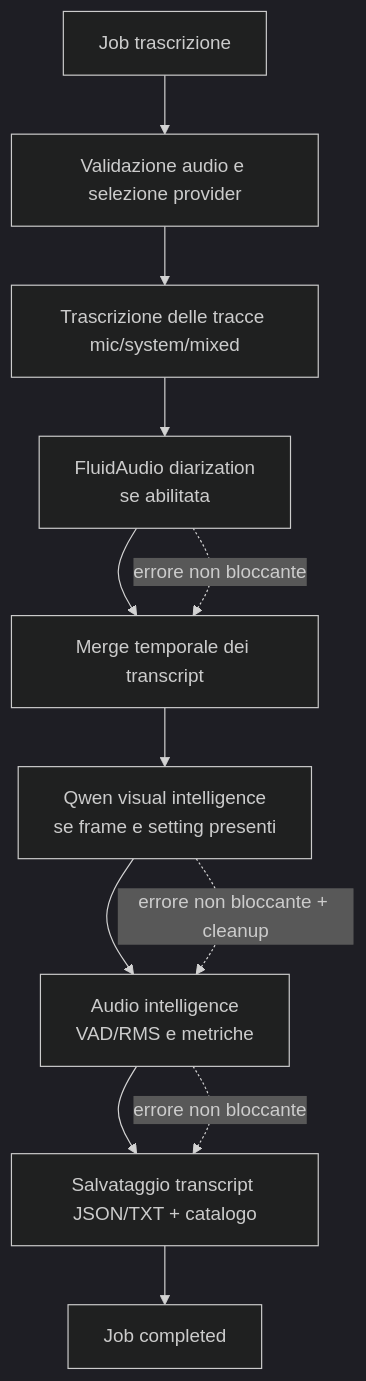
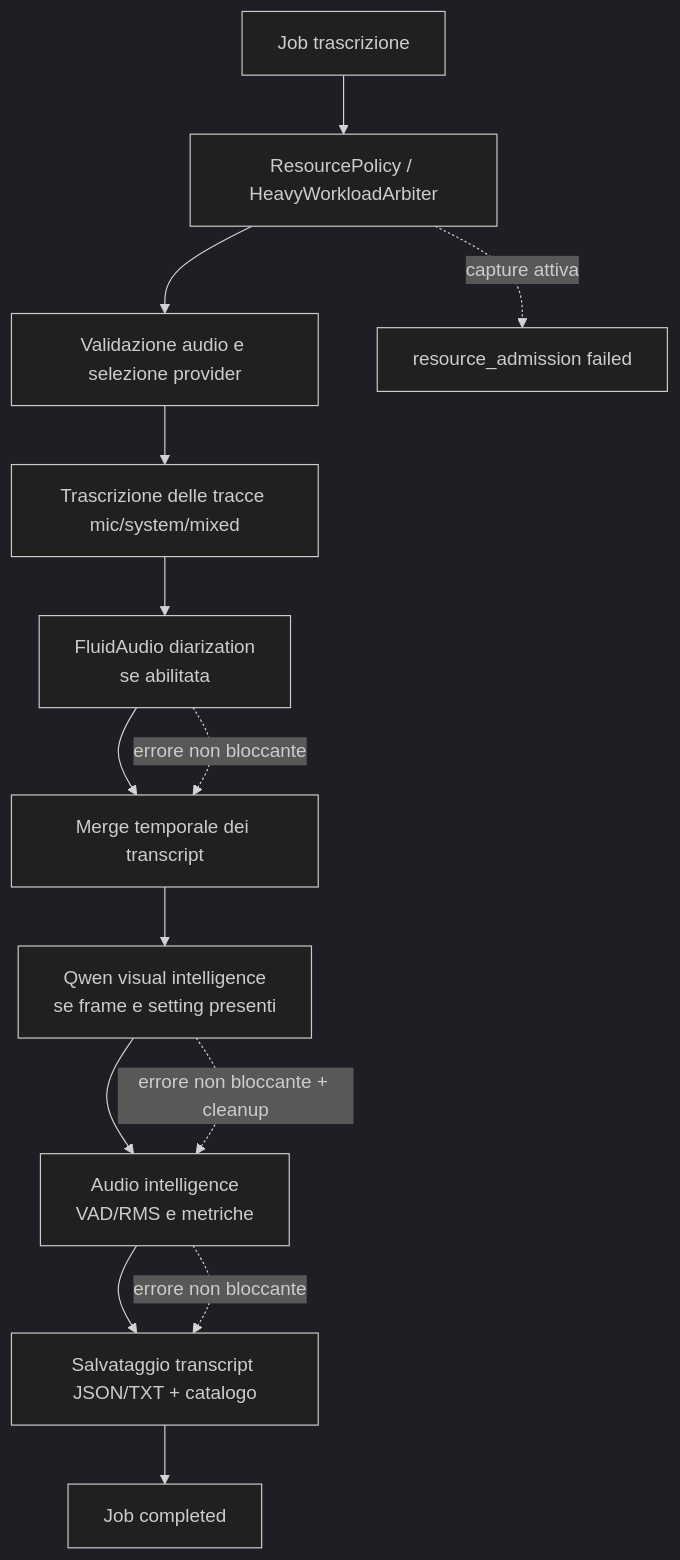
Before and after one commit to daniele21/local-asr-server: the fourth of 6 diagrams in docs/architecture.md, drawn with Mermaid (dark theme). The commit also changed other lines of this file, not shown here.

Commit message:
Document capture-priority runtime ownership

````diff
--- a/docs/architecture.md
+++ b/docs/architecture.md
@@ -141,15 +150,17 @@
 ```mermaid
 flowchart TD
-    Start["Job trascrizione"] --> Validate["Validazione audio e selezione provider"]
+    Start["Job trascrizione"] --> Admission["ResourcePolicy / HeavyWorkloadArbiter"]
+    Admission --> Validate["Validazione audio e selezione provider"]
     Validate --> Tracks["Trascrizione delle tracce mic/system/mixed"]
     Tracks --> Diar["FluidAudio diarization<br/>se abilitata"]
     Diar --> Merge["Merge temporale dei transcript"]
     Merge --> Vision["Qwen visual intelligence<br/>se frame e setting presenti"]
     Vision --> Audio["Audio intelligence<br/>VAD/RMS e metriche"]
     Audio --> Save["Salvataggio transcript JSON/TXT + catalogo"]
     Save --> Done["Job completed"]
 
+    Admission -. "capture attiva" .-> Rejected["resource_admission failed"]
     Diar -. "errore non bloccante" .-> Merge
     Vision -. "errore non bloccante + cleanup" .-> Audio
     Audio -. "errore non bloccante" .-> Save
 ```
````
